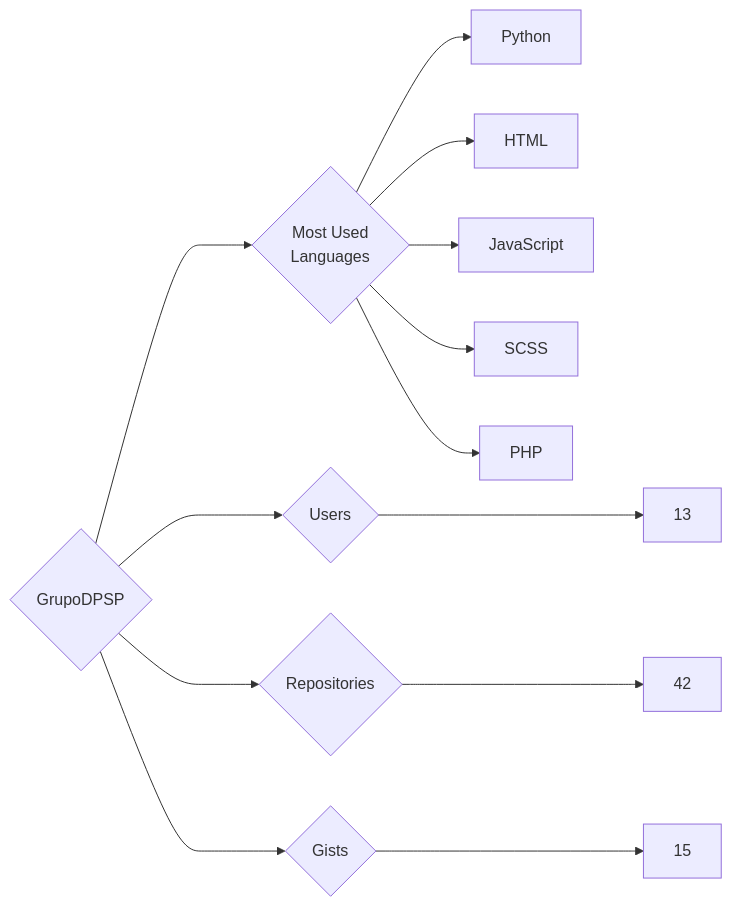
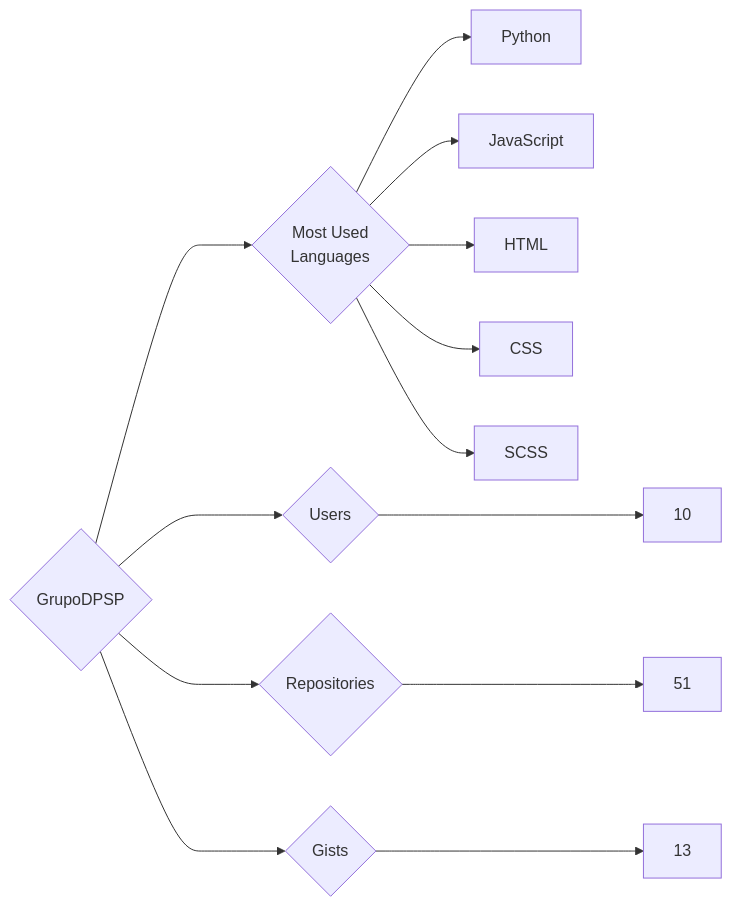
The diagram in targets/GrupoDPSP/README.md (trickest/insiders), drawn with Mermaid before and after one commit. The commit also changed 1238 other files, not shown here.

````diff
--- a/targets/GrupoDPSP/README.md
+++ b/targets/GrupoDPSP/README.md
@@ -3,13 +3,13 @@
 ```mermaid
 graph LR
 COMPANY_NAME{GrupoDPSP}
-COMPANY_NAME ---> U{Users} ---> UN[13]
-COMPANY_NAME ---> R{Repositories} ---> RN[42]
-COMPANY_NAME ---> G{Gists} ---> GN[15]
+COMPANY_NAME ---> U{Users} ---> UN[10]
+COMPANY_NAME ---> R{Repositories} ---> RN[51]
+COMPANY_NAME ---> G{Gists} ---> GN[13]
 COMPANY_NAME ---> ML{Most Used<br>Languages}
 ML --> Python[Python]
+ML --> JavaScript[JavaScript]
 ML --> HTML[HTML]
-ML --> JavaScript[JavaScript]
+ML --> CSS[CSS]
 ML --> SCSS[SCSS]
-ML --> PHP[PHP]
 ```
````
